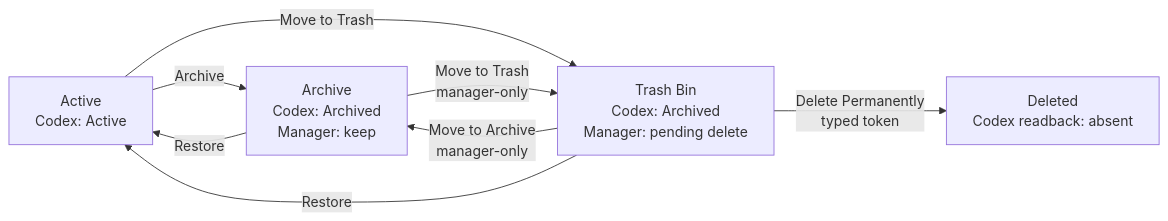
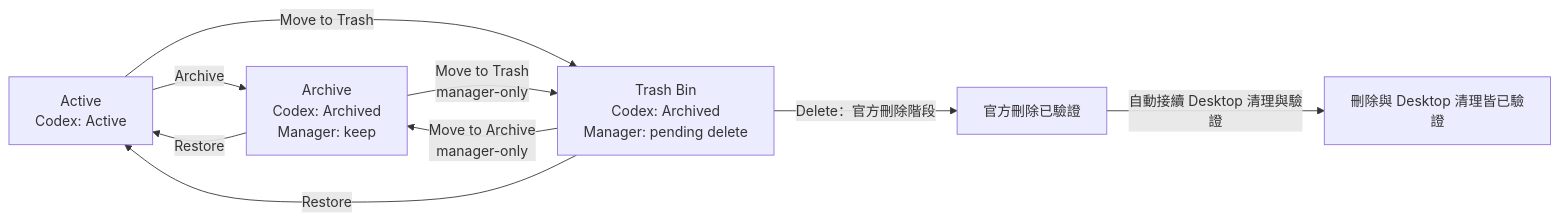
The diagram in README.zh-TW.md (xLuSean/agent_session_manager), drawn with Mermaid before and after one commit. The commit also changed other lines of this file and 316 other files, not shown here.

````diff
--- a/README.zh-TW.md
+++ b/README.zh-TW.md
@@ -22,15 +27,17 @@
 ```mermaid
 flowchart LR
     A["Active<br/>Codex: Active"]
     R["Archive<br/>Codex: Archived<br/>Manager: keep"]
     T["Trash Bin<br/>Codex: Archived<br/>Manager: pending delete"]
-    D["Deleted<br/>Codex readback: absent"]
+    C["官方刪除已驗證"]
+    D["刪除與 Desktop 清理皆已驗證"]
 
     A -->|Archive| R
     A -->|Move to Trash| T
     R -->|Move to Trash<br/>manager-only| T
     T -->|Move to Archive<br/>manager-only| R
     R -->|Restore| A
     T -->|Restore| A
-    T -->|Delete Permanently<br/>typed token| D
+    T -->|Delete：官方刪除階段| C
+    C -->|自動接續 Desktop 清理與驗證| D
 ```
````
